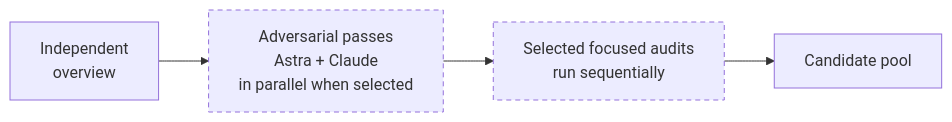
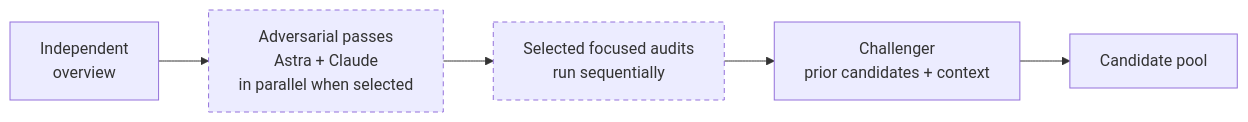
One commit to willcl-ark/nix changed the third of 5 diagrams in pkgs/ralph/README.md. Above: the diagram before and after it, drawn with Mermaid. The commit also changed other lines of this file and 7 other files, not shown here.

````diff
--- a/pkgs/ralph/README.md
+++ b/pkgs/ralph/README.md
@@ -288,8 +290,9 @@
 ```mermaid
 flowchart LR
     overview["Independent<br/>overview"] --> adversarial["Adversarial passes<br/>Astra + Claude<br/>in parallel when selected"]
     adversarial --> focused["Selected focused audits<br/>run sequentially"]
-    focused --> pool["Candidate pool"]
+    focused --> challenger["Challenger<br/>prior candidates + context"]
+    challenger --> pool["Candidate pool"]
     classDef optional stroke-dasharray: 5 4
     class adversarial,focused optional
 ```
````
